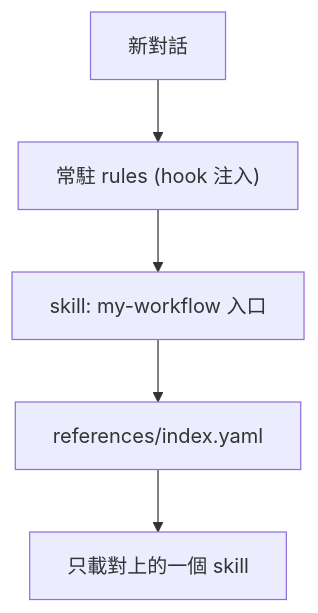
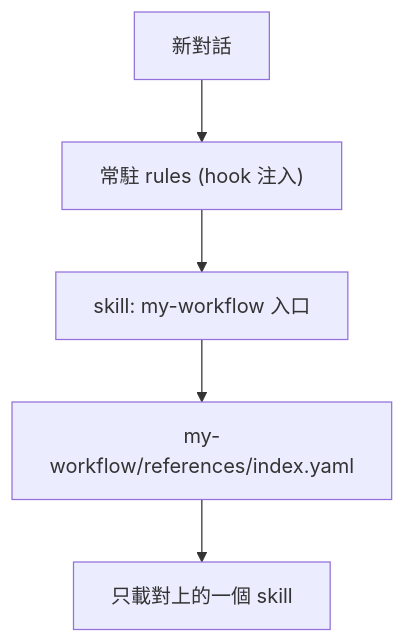
One commit to VECTOR-COOL/my-agent-toolkit changed the diagram in my-plugins/my-workflow/README.md. Above: the diagram before and after it, drawn with Mermaid. The commit also changed other lines of this file and 20 other files, not shown here.

````diff
--- a/my-plugins/my-workflow/README.md
+++ b/my-plugins/my-workflow/README.md
@@ -59,7 +91,7 @@
 ```mermaid
 graph TD
   Start["新對話"] --> Rules["常駐 rules (hook 注入)"]
   Rules --> Entry["skill: my-workflow 入口"]
-  Entry --> Index["references/index.yaml"]
+  Entry --> Index["my-workflow/references/index.yaml"]
   Index --> One["只載對上的一個 skill"]
 ```
````
